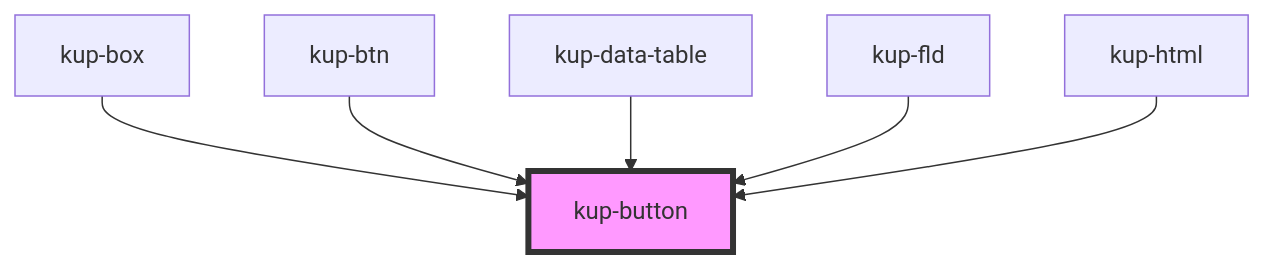
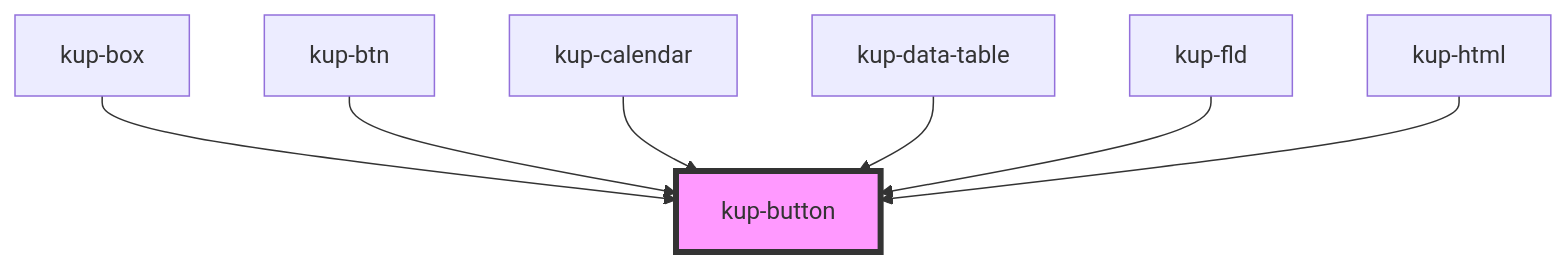
Before and after one commit to smeup/ketchup: the diagram in packages/ketchup/src/components/kup-button/readme.md, drawn with Mermaid. The commit also changed other lines of this file and 13 other files, not shown here.

Commit message:
kup calendar

````diff
--- a/packages/ketchup/src/components/kup-button/readme.md
+++ b/packages/ketchup/src/components/kup-button/readme.md
@@ -70,9 +71,10 @@
 ```mermaid
 graph TD;
   kup-box --> kup-button
   kup-btn --> kup-button
+  kup-calendar --> kup-button
   kup-data-table --> kup-button
   kup-fld --> kup-button
   kup-html --> kup-button
   style kup-button fill:#f9f,stroke:#333,stroke-width:4px
 ```
````
